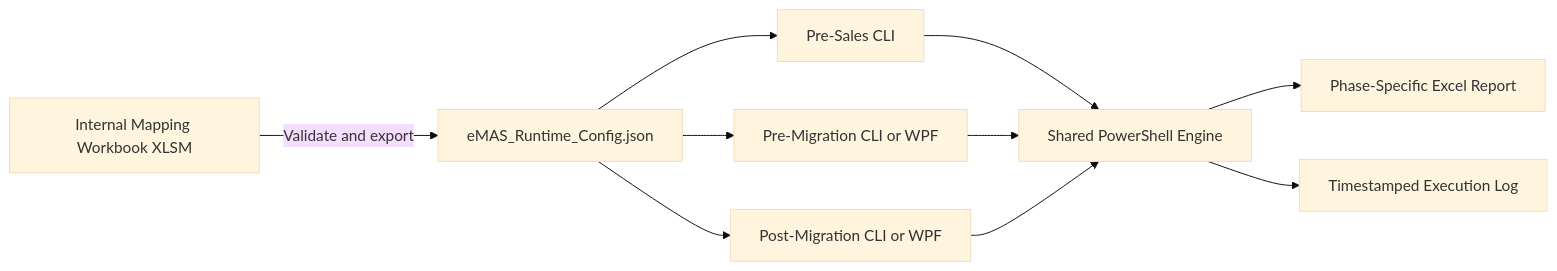
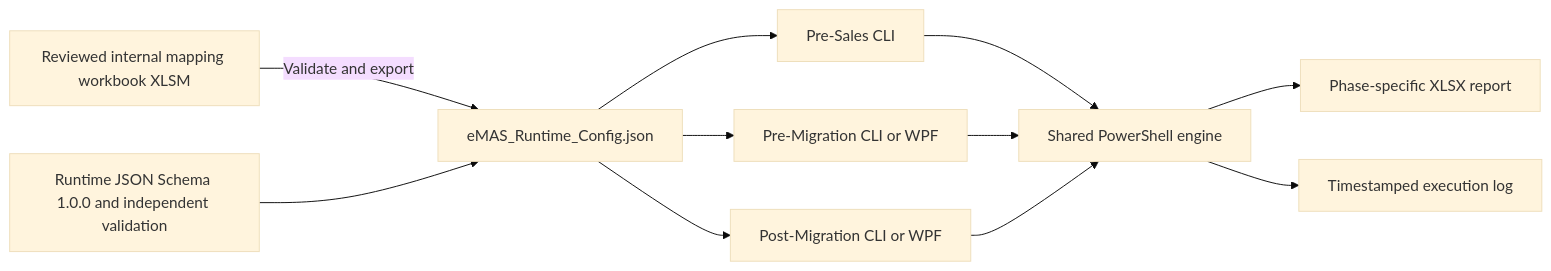
One commit to MightyM-ouse/eMAS changed the diagram in README.md. Above: the diagram before and after it, drawn with Mermaid (base theme). The commit also changed other lines of this file and 18 other files, not shown here.

Commit message:
Synchronize solution architecture and phase contracts

````diff
--- a/README.md
+++ b/README.md
@@ -11,12 +11,13 @@
 ```mermaid
 flowchart LR
-    A[Internal Mapping Workbook XLSM] -->|Validate and export| B[eMAS_Runtime_Config.json]
+    A[Reviewed internal mapping workbook XLSM] -->|Validate and export| B[eMAS_Runtime_Config.json]
+    S[Runtime JSON Schema 1.0.0 and independent validation] --> B
     B --> C[Pre-Sales CLI]
     B --> D[Pre-Migration CLI or WPF]
     B --> E[Post-Migration CLI or WPF]
-    C --> F[Shared PowerShell Engine]
+    C --> F[Shared PowerShell engine]
     D --> F
     E --> F
-    F --> G[Phase-Specific Excel Report]
-    F --> H[Timestamped Execution Log]
+    F --> G[Phase-specific XLSX report]
+    F --> H[Timestamped execution log]
 ```
````
